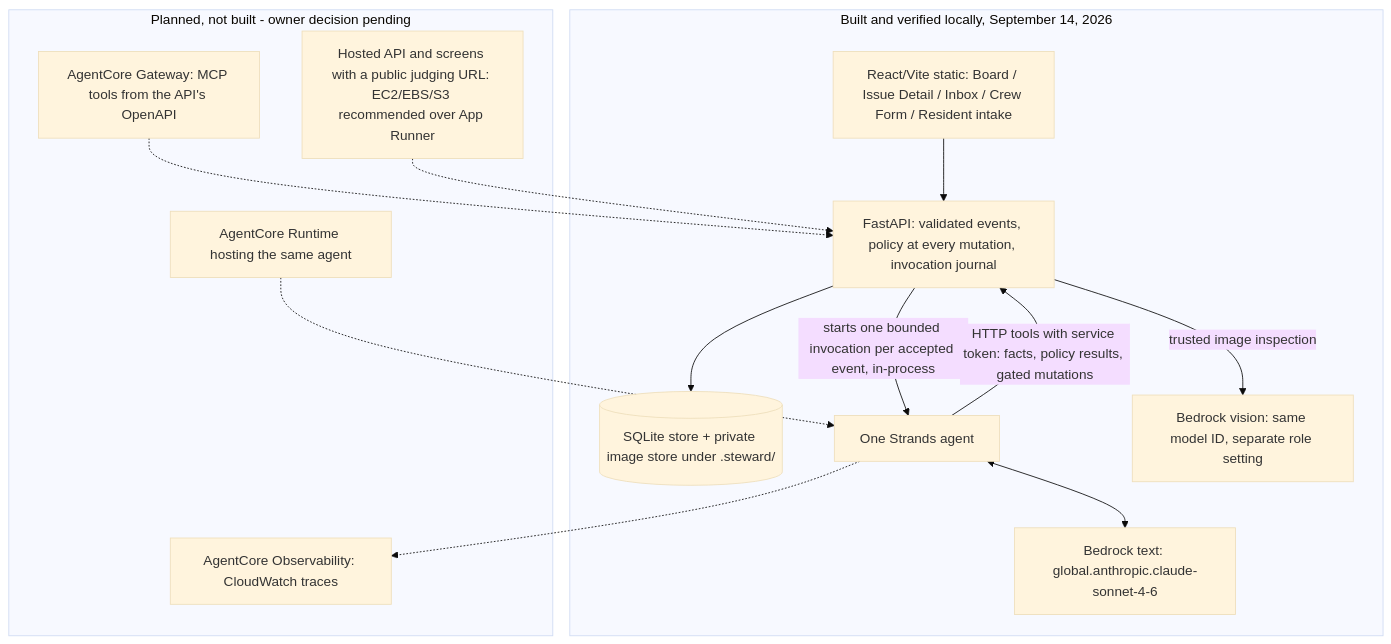
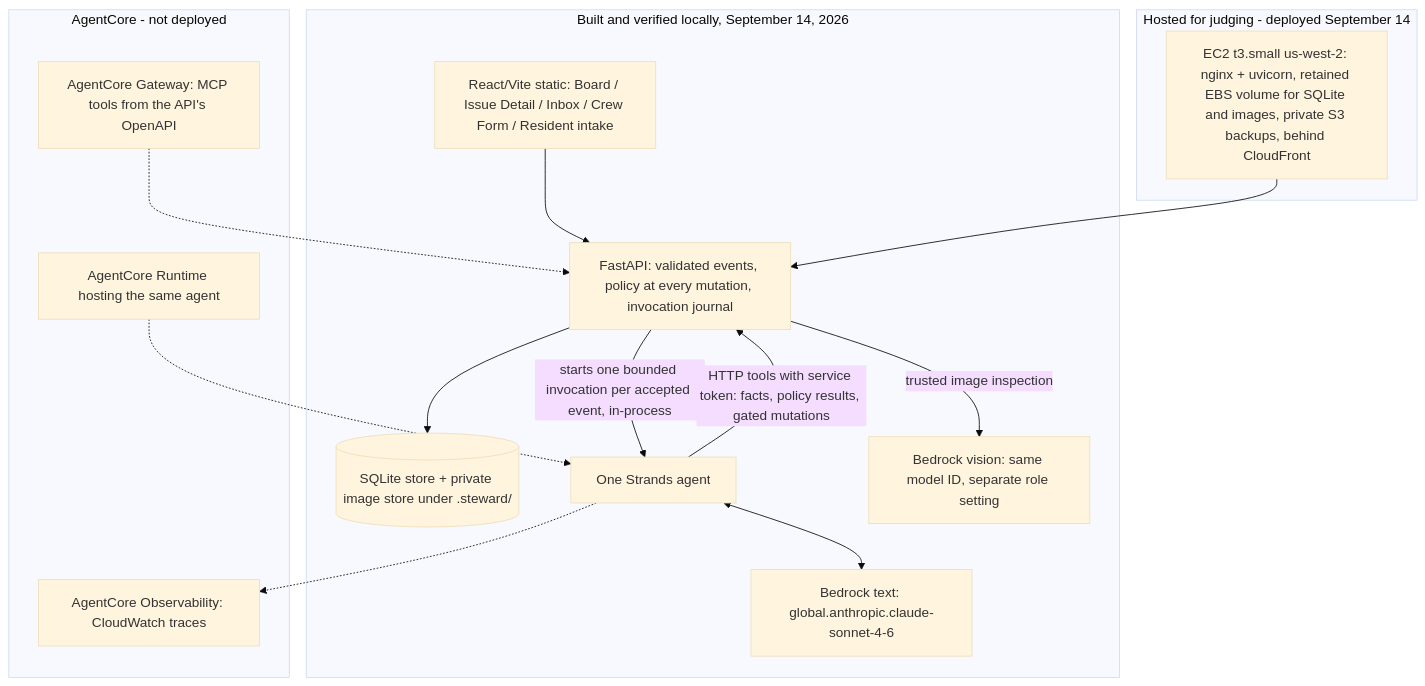
The diagram in docs/ARCHITECTURE.md (juulsverne/steward), drawn with Mermaid (base theme) before and after one commit. The commit also changed other lines of this file and 5 other files, not shown here.

First line of the commit message:
Fix round 1: hosted judging URL, honest credential wording, repo URL, npm ci

````diff
--- a/docs/ARCHITECTURE.md
+++ b/docs/ARCHITECTURE.md
@@ -13,21 +13,23 @@
 ```mermaid
 flowchart TD
     subgraph LOCAL[Built and verified locally, September 14, 2026]
         UI[React/Vite static: Board / Issue Detail / Inbox / Crew Form / Resident intake] --> API[FastAPI: validated events, policy at every mutation, invocation journal]
         API --> DB[(SQLite store + private image store under .steward/)]
         API -->|starts one bounded invocation per accepted event, in-process| A[One Strands agent]
         A -->|HTTP tools with service token: facts, policy results, gated mutations| API
         A <--> B[Bedrock text: global.anthropic.claude-sonnet-4-6]
         API -->|trusted image inspection| V[Bedrock vision: same model ID, separate role setting]
     end
-    subgraph PLANNED[Planned, not built - owner decision pending]
+    subgraph HOSTED[Hosted for judging - deployed September 14]
+        H[EC2 t3.small us-west-2: nginx + uvicorn, retained EBS volume for SQLite and images, private S3 backups, behind CloudFront]
+    end
+    subgraph AGENTCORE[AgentCore - not deployed]
         RT[AgentCore Runtime hosting the same agent]
         O[AgentCore Observability: CloudWatch traces]
         GW[AgentCore Gateway: MCP tools from the API's OpenAPI]
-        H[Hosted API and screens with a public judging URL: EC2/EBS/S3 recommended over App Runner]
     end
+    H --> API
     RT -.-> A
     A -.-> O
     GW -.-> API
-    H -.-> API
 ```
````
